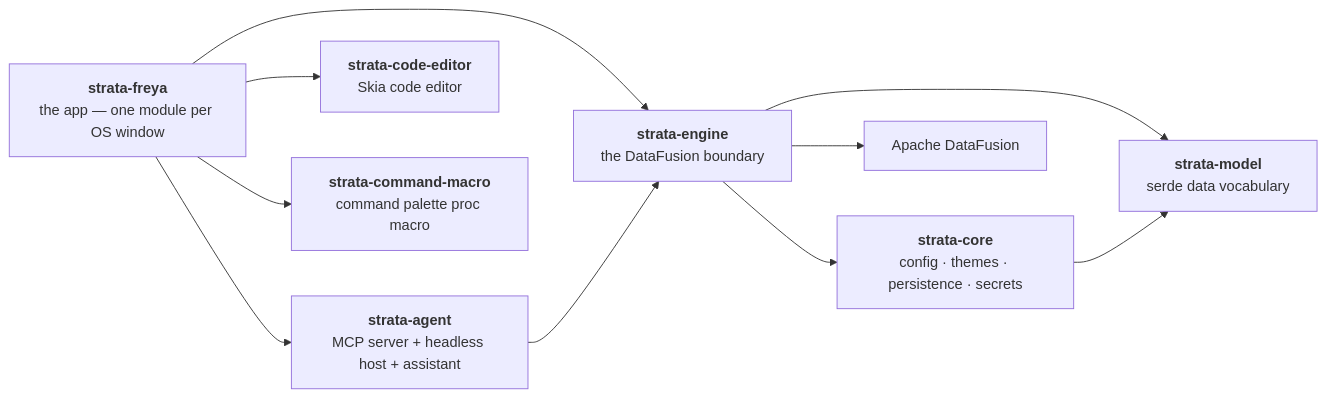
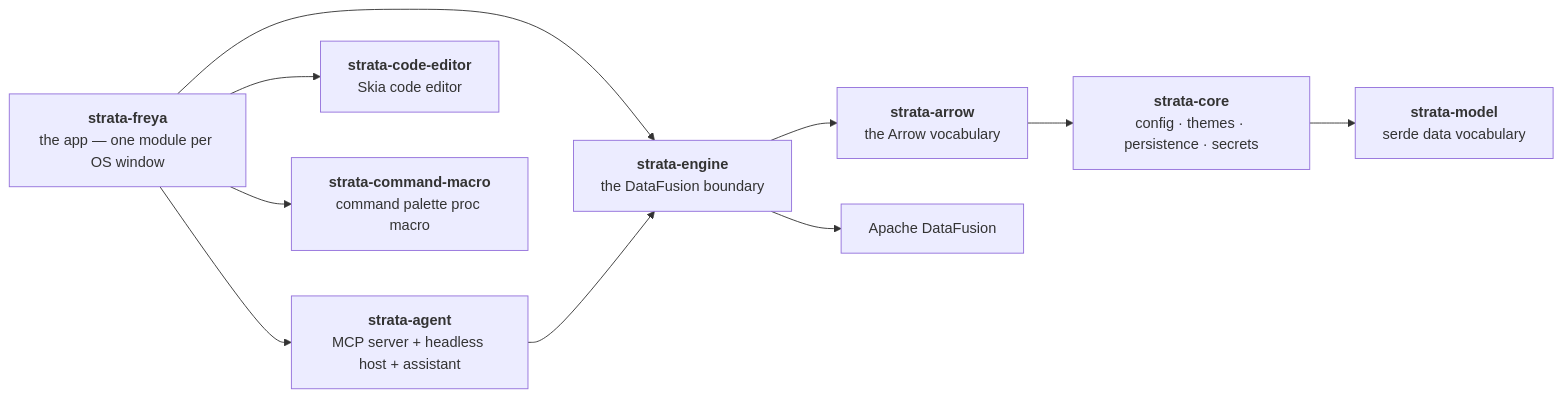
Before and after one commit to alexparlett/strata: the diagram in AGENTS.md, drawn with Mermaid. The commit also changed other lines of this file and 28 other files, not shown here.

````diff
--- a/AGENTS.md
+++ b/AGENTS.md
@@ -14,21 +14,22 @@
 ```mermaid
 flowchart LR
     freya["<b>strata-freya</b><br/>the app — one module per OS window"]
     agent["<b>strata-agent</b><br/>MCP server + headless host + assistant"]
     engine["<b>strata-engine</b><br/>the DataFusion boundary"]
+    arrow["<b>strata-arrow</b><br/>the Arrow vocabulary"]
     core["<b>strata-core</b><br/>config · themes · persistence · secrets"]
     model["<b>strata-model</b><br/>serde data vocabulary"]
     editor["<b>strata-code-editor</b><br/>Skia code editor"]
     macro_["<b>strata-command-macro</b><br/>command palette proc macro"]
     df["Apache DataFusion"]
 
     freya --> engine
     freya --> editor
     freya --> agent
     freya --> macro_
     agent --> engine
-    engine --> core
-    engine --> model
+    engine --> arrow
     engine --> df
+    arrow --> core
     core --> model
 ```
````
